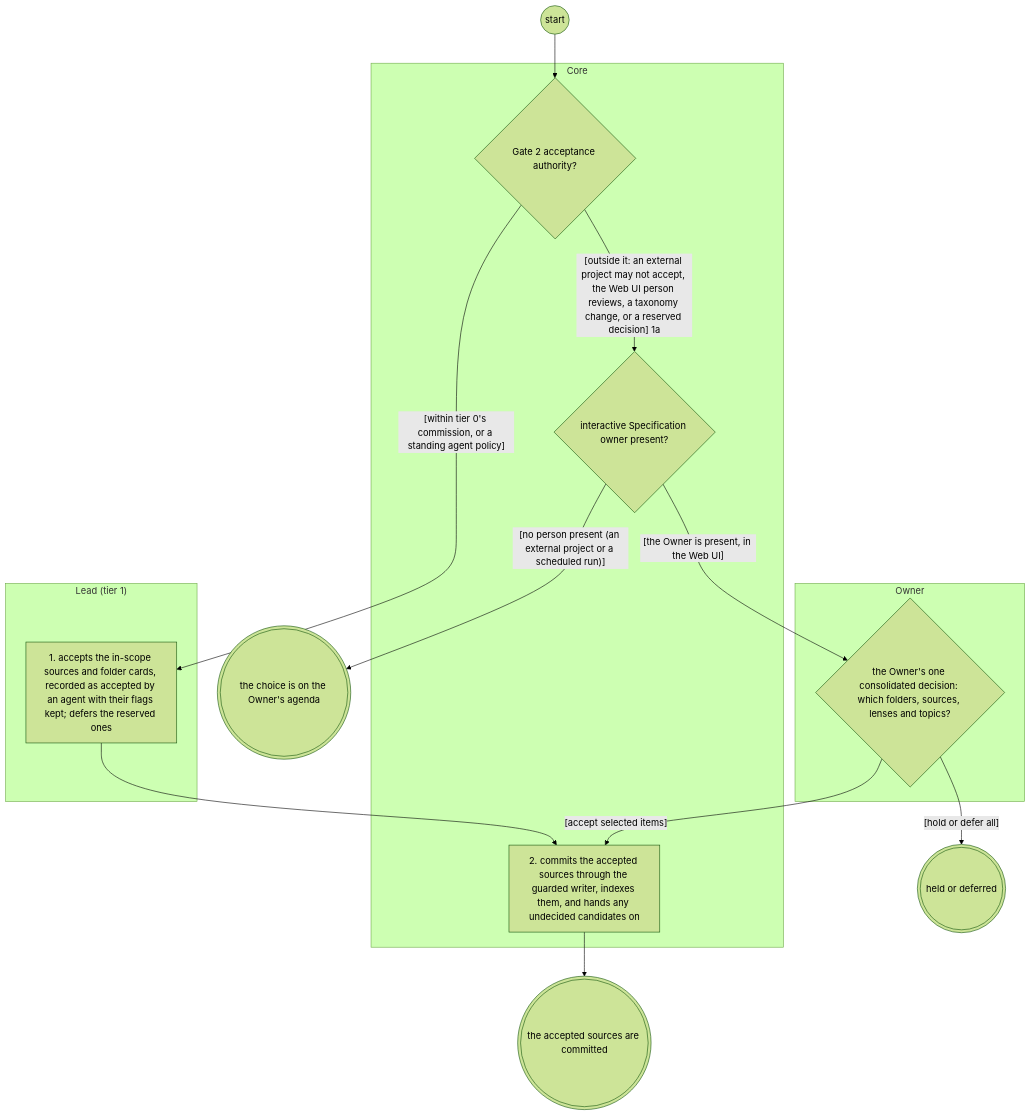
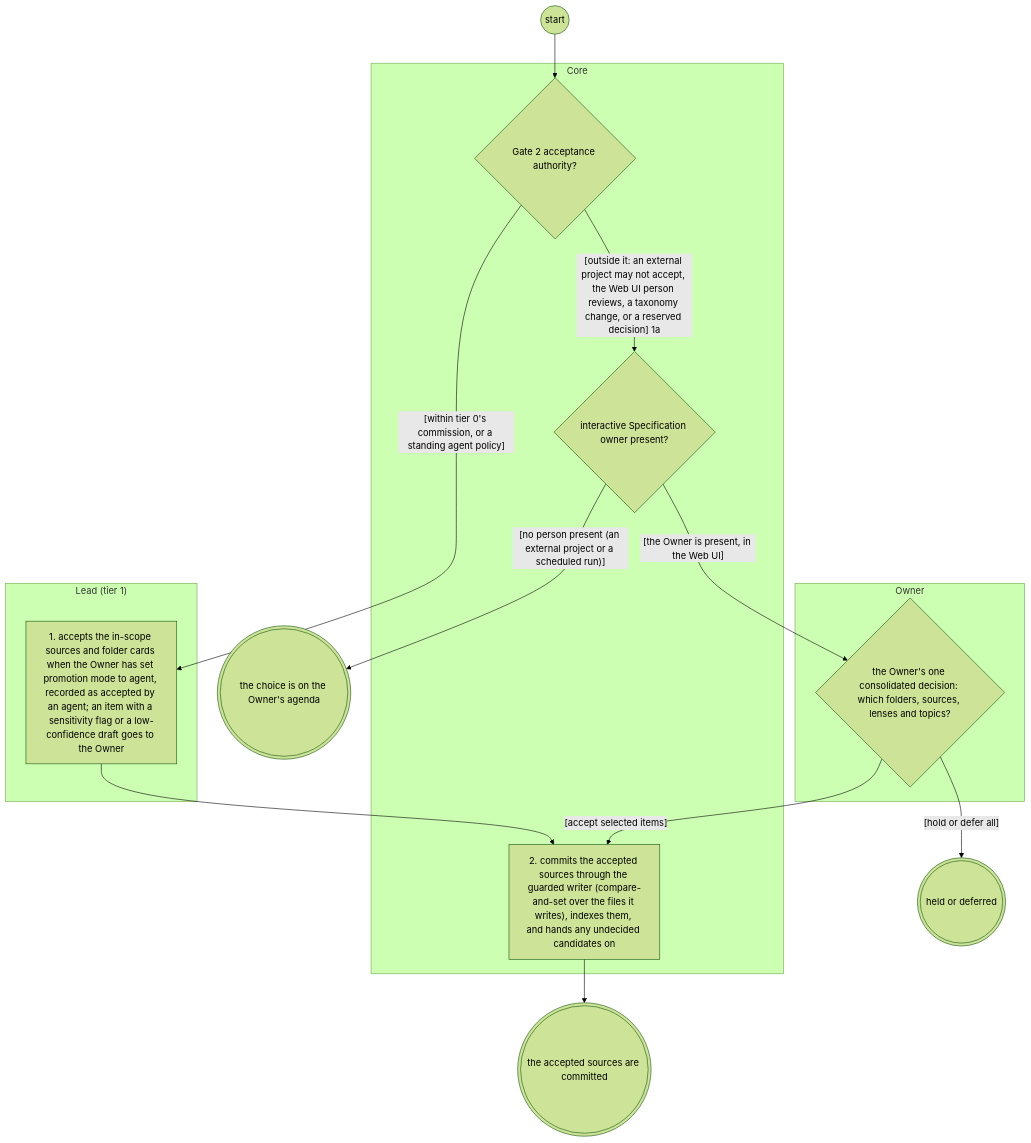
One commit to Jake36999/Librarian_V2 changed the diagram in reports/2026-11-25-systems-analysis-finalisation/librarian/to-be/views/acceptance.views.md. Above: the diagram before and after it, drawn with Mermaid (forest theme). The commit also changed other lines of this file and 101 other files, not shown here.

````diff
--- a/reports/2026-11-25-systems-analysis-finalisation/librarian/to-be/views/acceptance.views.md
+++ b/reports/2026-11-25-systems-analysis-finalisation/librarian/to-be/views/acceptance.views.md
@@ -39,28 +39,28 @@
 ```mermaid
 flowchart TD
   subgraph Owner["Owner"]
     ownergate2{"the Owner's one consolidated decision: which folders, sources, lenses and topics?"}
   end
   subgraph Lead_tier_1_["Lead (tier 1)"]
-    leadaccept["1. accepts the in-scope sources and folder cards, recorded as accepted by an agent with their flags kept; defers the reserved ones"]
+    leadaccept["1. accepts the in-scope sources and folder cards when the Owner has set promotion mode to agent, recorded as accepted by an agent; an item with a sensitivity flag or a low-confidence draft goes to the Owner"]
   end
   subgraph Core["Core"]
     dgate2{"Gate 2 acceptance authority?"}
     dgate2caller{"interactive Specification owner present?"}
-    promote["2. commits the accepted sources through the guarded writer, indexes them, and hands any undecided candidates on"]
+    promote["2. commits the accepted sources through the guarded writer (compare-and-set over the files it writes), indexes them, and hands any undecided candidates on"]
   end
   s(("start"))
   e_success((("the accepted sources are committed")))
   e_held_for_the_Owner((("the choice is on the Owner's agenda")))
   e_paused((("held or deferred")))
   s --> dgate2
   dgate2 -->|"[within tier 0's commission, or a standing agent policy]"| leadaccept
   dgate2 -->|"[outside it: an external project may not accept, the Web UI person reviews, a taxonomy change, or a reserved decision] 1a"| dgate2caller
   dgate2caller -->|"[the Owner is present, in the Web UI]"| ownergate2
   dgate2caller -->|"[no person present (an external project or a scheduled run)]"| e_held_for_the_Owner
   ownergate2 -->|"[accept selected items]"| promote
   ownergate2 -->|"[hold or defer all]"| e_paused
   leadaccept --> promote
   promote --> e_success
   classDef ext stroke:#d9534f,stroke-width:2px
 ```
````
